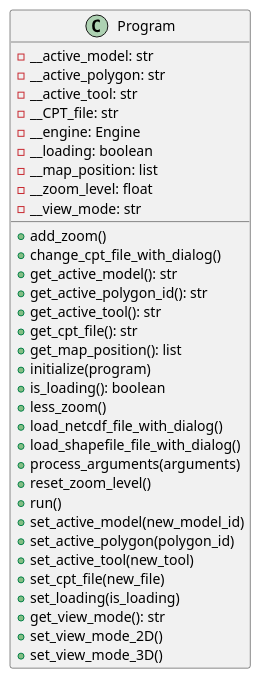
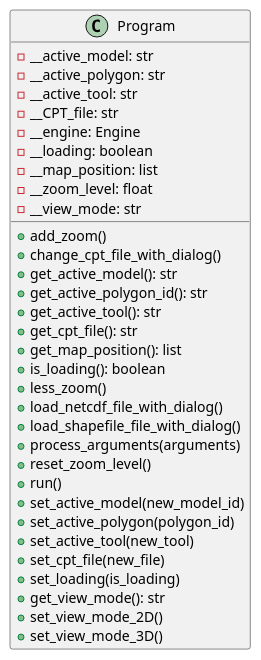
The diagram in docs/classes/Program.puml (ferpoble2/Relief_Creator), drawn with PlantUML before and after one commit. The commit also changed 1 other file, not shown here.

Commit message:
deleted initialize method from the program

```diff
--- a/docs/classes/Program.puml
+++ b/docs/classes/Program.puml
@@ -1,37 +1,36 @@
 @startuml
 class Program {
     - __active_model: str
     - __active_polygon: str
     - __active_tool: str
     - __CPT_file: str
     - __engine: Engine
     - __loading: boolean
     - __map_position: list
     - __zoom_level: float
     - __view_mode: str
 
     + add_zoom()
     + change_cpt_file_with_dialog()
     + get_active_model(): str
     + get_active_polygon_id(): str
     + get_active_tool(): str
     + get_cpt_file(): str
     + get_map_position(): list
-    + initialize(program)
     + is_loading(): boolean
     + less_zoom()
     + load_netcdf_file_with_dialog()
     + load_shapefile_file_with_dialog()
     + process_arguments(arguments)
     + reset_zoom_level()
     + run()
     + set_active_model(new_model_id)
     + set_active_polygon(polygon_id)
     + set_active_tool(new_tool)
     + set_cpt_file(new_file)
     + set_loading(is_loading)
     + get_view_mode(): str
     + set_view_mode_2D()
     + set_view_mode_3D()
 }
 @enduml
```
